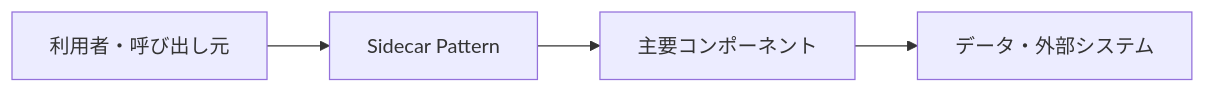
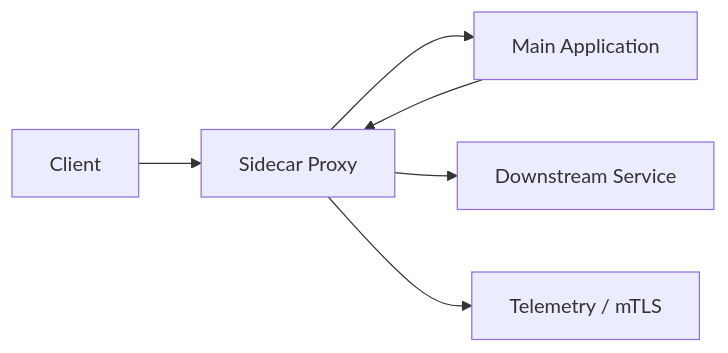
Before and after one commit to t-shirayama/architecture-notes: the diagram in docs/インフラ・運用系/サイドカーパターン.md, drawn with Mermaid. The commit also changed other lines of this file and 32 other files, not shown here.

Commit message:
docs: refine remaining architecture notes

````diff
--- a/docs/インフラ・運用系/サイドカーパターン.md
+++ b/docs/インフラ・運用系/サイドカーパターン.md
@@ -24,6 +28,8 @@
 ```mermaid
 flowchart LR
-    A[利用者・呼び出し元] --> B[Sidecar Pattern]
-    B --> C[主要コンポーネント]
-    C --> D[データ・外部システム]
+    Client --> Proxy[Sidecar Proxy]
+    Proxy --> App[Main Application]
+    App --> Proxy
+    Proxy --> Service[Downstream Service]
+    Proxy --> Obs[Telemetry / mTLS]
 ```
````
